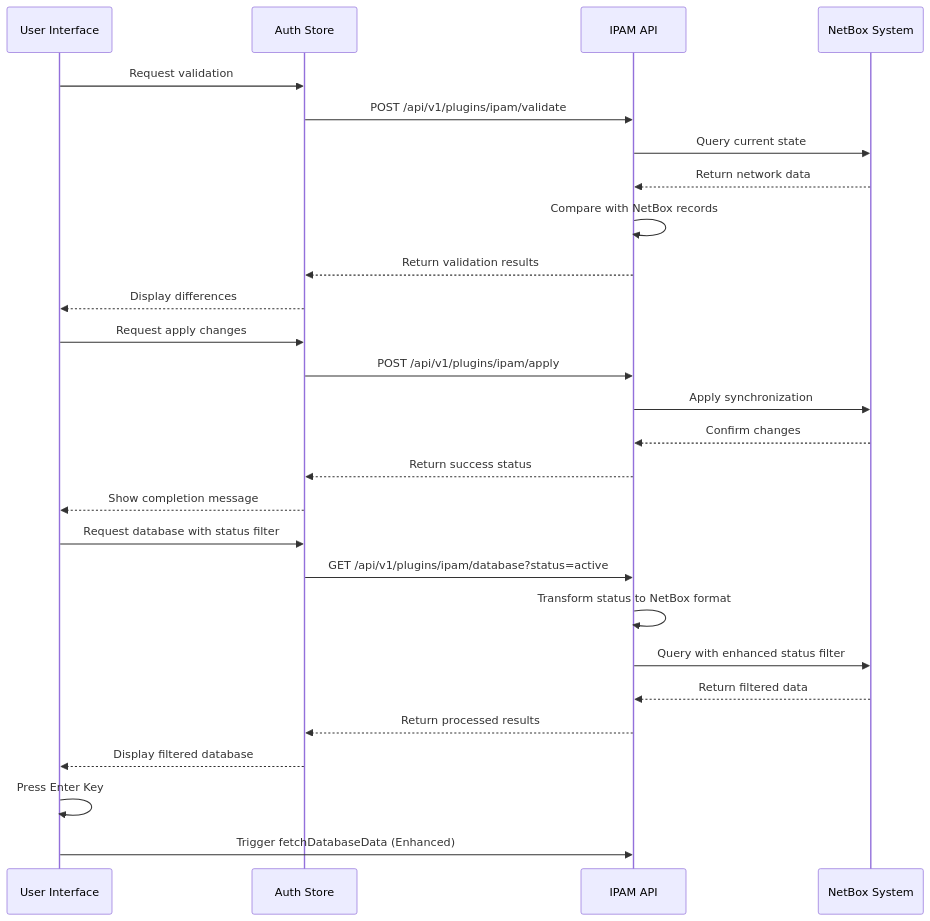
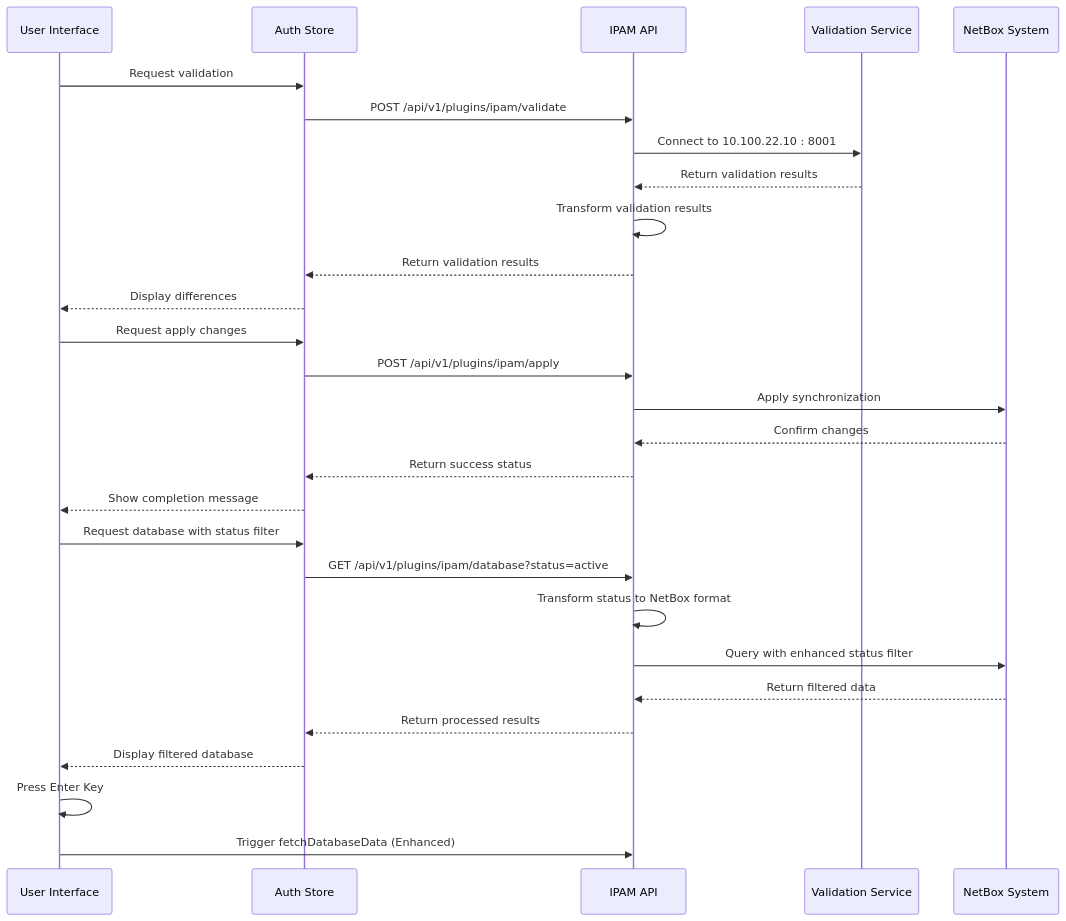
One commit to Nikita5543/New-SSO-02 changed the tenth of 11 diagrams in .qoder/repowiki/en/content/Built-in Plugins/IPAM Plugin.md. Above: the diagram before and after it, drawn with Mermaid. The commit also changed other lines of this file and 3 other files, not shown here.

````diff
--- a/.qoder/repowiki/en/content/Built-in Plugins/IPAM Plugin.md
+++ b/.qoder/repowiki/en/content/Built-in Plugins/IPAM Plugin.md
@@ -404,29 +445,30 @@
 ```mermaid
 sequenceDiagram
 participant UI as User Interface
 participant Auth as Auth Store
 participant API as IPAM API
+participant ValidationService as Validation Service
 participant NetBox as NetBox System
 UI->>Auth : Request validation
 Auth->>API : POST /api/v1/plugins/ipam/validate
-API->>NetBox : Query current state
-NetBox-->>API : Return network data
-API->>API : Compare with NetBox records
+API->>ValidationService : Connect to 10.100.22.10 : 8001
+ValidationService-->>API : Return validation results
+API->>API : Transform validation results
 API-->>Auth : Return validation results
 Auth-->>UI : Display differences
 UI->>Auth : Request apply changes
 Auth->>API : POST /api/v1/plugins/ipam/apply
 API->>NetBox : Apply synchronization
 NetBox-->>API : Confirm changes
 API-->>Auth : Return success status
 Auth-->>UI : Show completion message
 UI->>Auth : Request database with status filter
 Auth->>API : GET /api/v1/plugins/ipam/database?status=active
 API->>API : Transform status to NetBox format
 API->>NetBox : Query with enhanced status filter
 NetBox-->>API : Return filtered data
 API-->>Auth : Return processed results
 Auth-->>UI : Display filtered database
 UI->>UI : Press Enter Key
 UI->>API : Trigger fetchDatabaseData (Enhanced)
 ```
````
